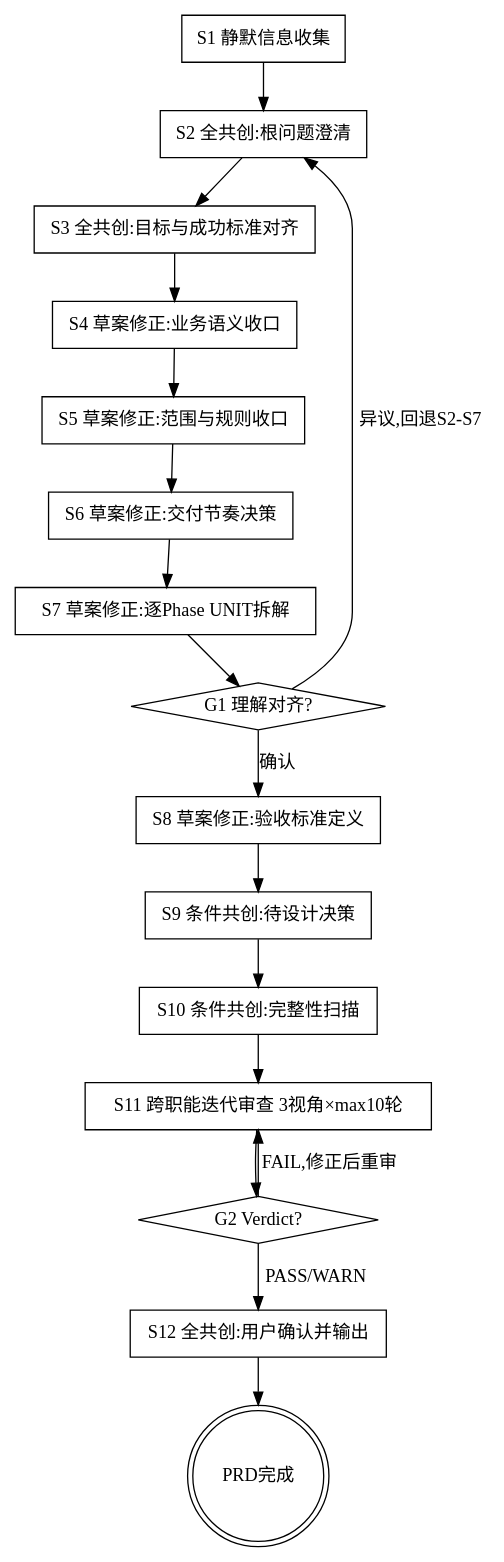
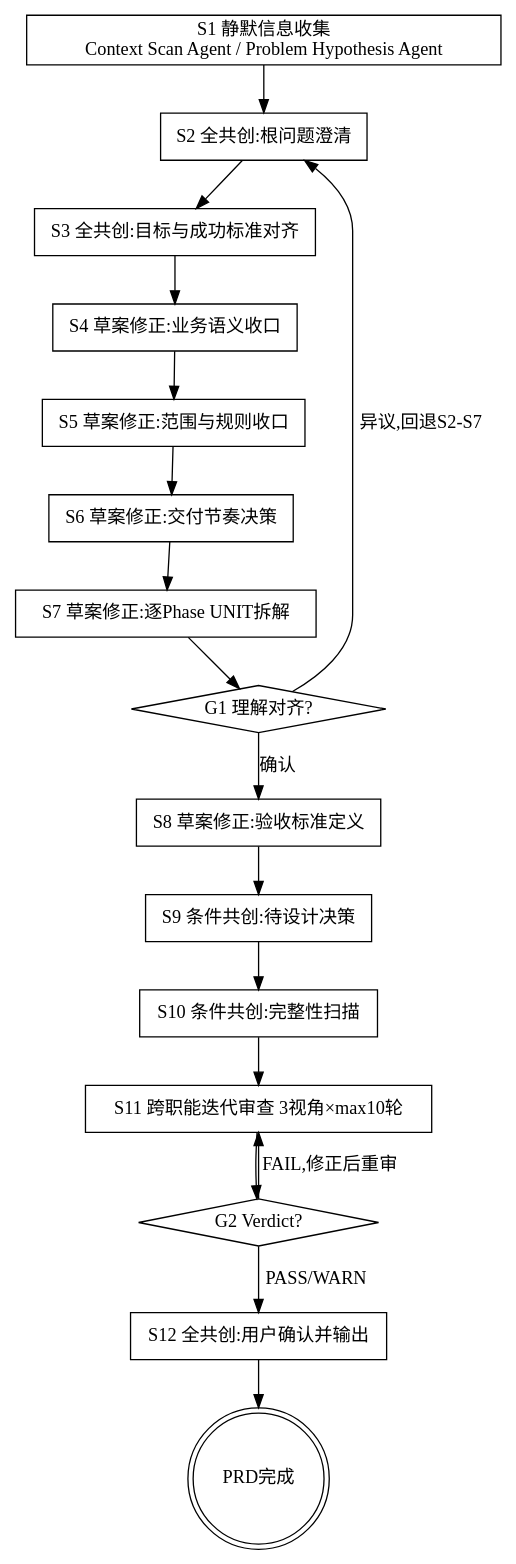
One commit to jieli-cqwl/org-claude-skills changed the diagram in shared/skills/product/SKILL.md. Above: the diagram before and after it, drawn with Graphviz. The commit also changed other lines of this file and 90 other files, not shown here.

````diff
--- a/shared/skills/product/SKILL.md
+++ b/shared/skills/product/SKILL.md
@@ -92,37 +95,37 @@
 ```dot
 digraph product_flow {
     rankdir=TB;
-    "S1 静默信息收集" [shape=box];
+    "S1 静默信息收集\nContext Scan Agent / Problem Hypothesis Agent" [shape=box];
     "S2 全共创:根问题澄清" [shape=box];
     "S3 全共创:目标与成功标准对齐" [shape=box];
     "S4 草案修正:业务语义收口" [shape=box];
     "S5 草案修正:范围与规则收口" [shape=box];
     "S6 草案修正:交付节奏决策" [shape=box];
     "S7 草案修正:逐Phase UNIT拆解" [shape=box];
     "G1 理解对齐?" [shape=diamond];
     "S8 草案修正:验收标准定义" [shape=box];
     "S9 条件共创:待设计决策" [shape=box];
     "S10 条件共创:完整性扫描" [shape=box];
     "S11 跨职能迭代审查 3视角×max10轮" [shape=box];
     "G2 Verdict?" [shape=diamond];
     "S12 全共创:用户确认并输出" [shape=box];
     "PRD完成" [shape=doublecircle];
 
-    "S1 静默信息收集" -> "S2 全共创:根问题澄清";
+    "S1 静默信息收集\nContext Scan Agent / Problem Hypothesis Agent" -> "S2 全共创:根问题澄清";
     "S2 全共创:根问题澄清" -> "S3 全共创:目标与成功标准对齐";
     "S3 全共创:目标与成功标准对齐" -> "S4 草案修正:业务语义收口";
     "S4 草案修正:业务语义收口" -> "S5 草案修正:范围与规则收口";
     "S5 草案修正:范围与规则收口" -> "S6 草案修正:交付节奏决策";
     "S6 草案修正:交付节奏决策" -> "S7 草案修正:逐Phase UNIT拆解";
     "S7 草案修正:逐Phase UNIT拆解" -> "G1 理解对齐?";
     "G1 理解对齐?" -> "S2 全共创:根问题澄清" [label="异议,回退S2-S7"];
     "G1 理解对齐?" -> "S8 草案修正:验收标准定义" [label="确认"];
     "S8 草案修正:验收标准定义" -> "S9 条件共创:待设计决策";
     "S9 条件共创:待设计决策" -> "S10 条件共创:完整性扫描";
     "S10 条件共创:完整性扫描" -> "S11 跨职能迭代审查 3视角×max10轮";
     "S11 跨职能迭代审查 3视角×max10轮" -> "G2 Verdict?";
     "G2 Verdict?" -> "S11 跨职能迭代审查 3视角×max10轮" [label="FAIL,修正后重审"];
     "G2 Verdict?" -> "S12 全共创:用户确认并输出" [label="PASS/WARN"];
     "S12 全共创:用户确认并输出" -> "PRD完成";
 }
 ```
````
